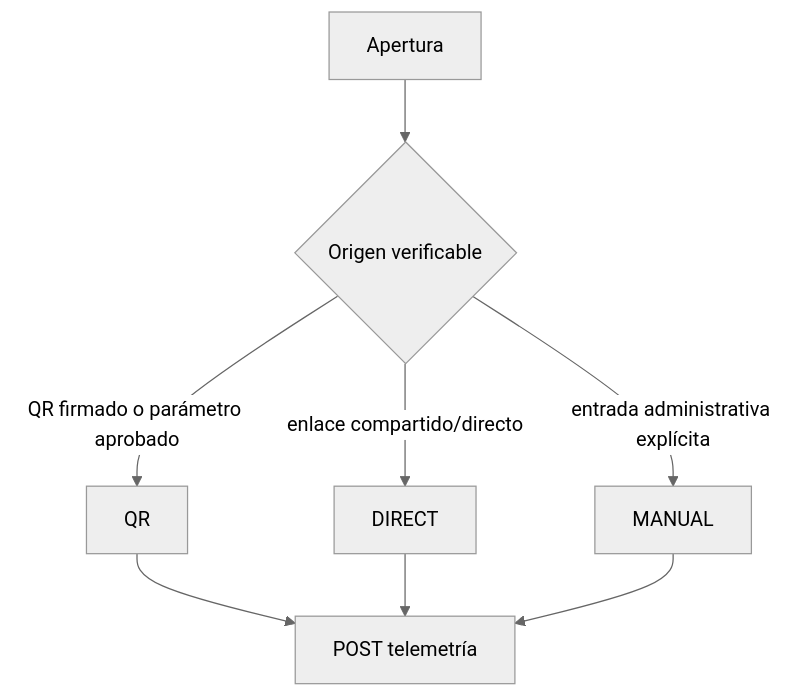
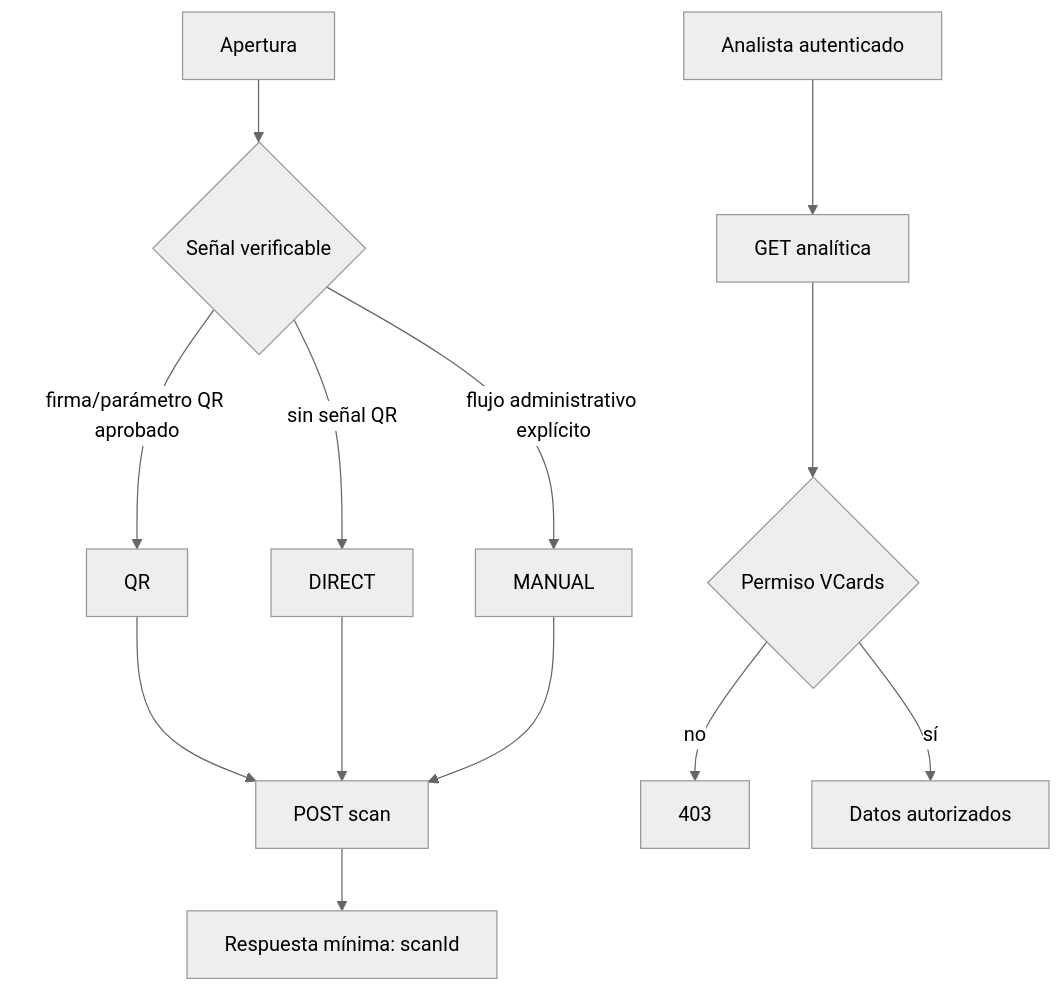
One commit to LORDMANUEL/vcards-qr-suite-V2 changed the fifth of 12 diagrams in docs/v2/APP_FLOW.md. Above: the diagram before and after it, drawn with Mermaid (neutral theme). The commit also changed other lines of this file and 3 other files, not shown here.

Commit message:
Expand product UX and full system flows

````diff
--- a/docs/v2/APP_FLOW.md
+++ b/docs/v2/APP_FLOW.md
@@ -92,10 +124,15 @@
 ```mermaid
 flowchart TD
-    OPEN[Apertura] --> SOURCE{Origen verificable}
-    SOURCE -->|QR firmado o parámetro aprobado| QR_EVT[QR]
-    SOURCE -->|enlace compartido/directo| DIRECT_EVT[DIRECT]
-    SOURCE -->|entrada administrativa explícita| MANUAL_EVT[MANUAL]
-    QR_EVT --> POST[POST telemetría]
-    DIRECT_EVT --> POST
-    MANUAL_EVT --> POST
+  OPEN[Apertura] --> SIGNAL{Señal verificable}
+  SIGNAL -->|firma/parámetro QR aprobado| Q[QR]
+  SIGNAL -->|sin señal QR| D[DIRECT]
+  SIGNAL -->|flujo administrativo explícito| M[MANUAL]
+  Q --> POST[POST scan]
+  D --> POST
+  M --> POST
+  POST --> MIN[Respuesta mínima: scanId]
+  ADMIN[Analista autenticado] --> GET[GET analítica]
+  GET --> PERM{Permiso VCards}
+  PERM -->|no| FORBID[403]
+  PERM -->|sí| DATA[Datos autorizados]
 ```
````
